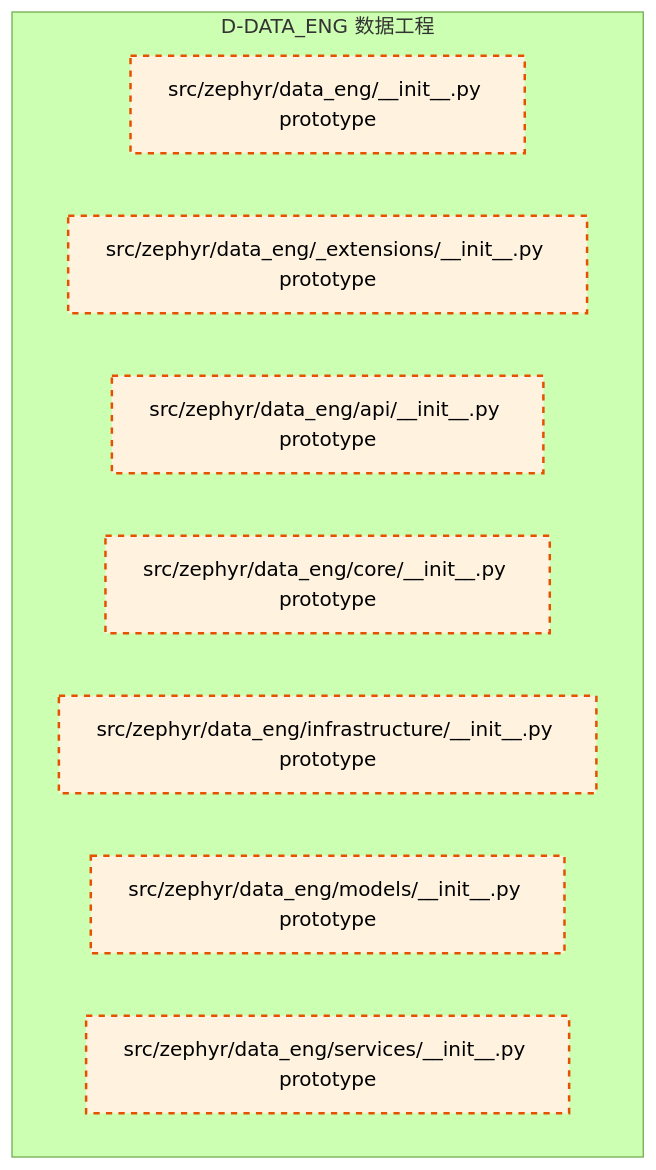
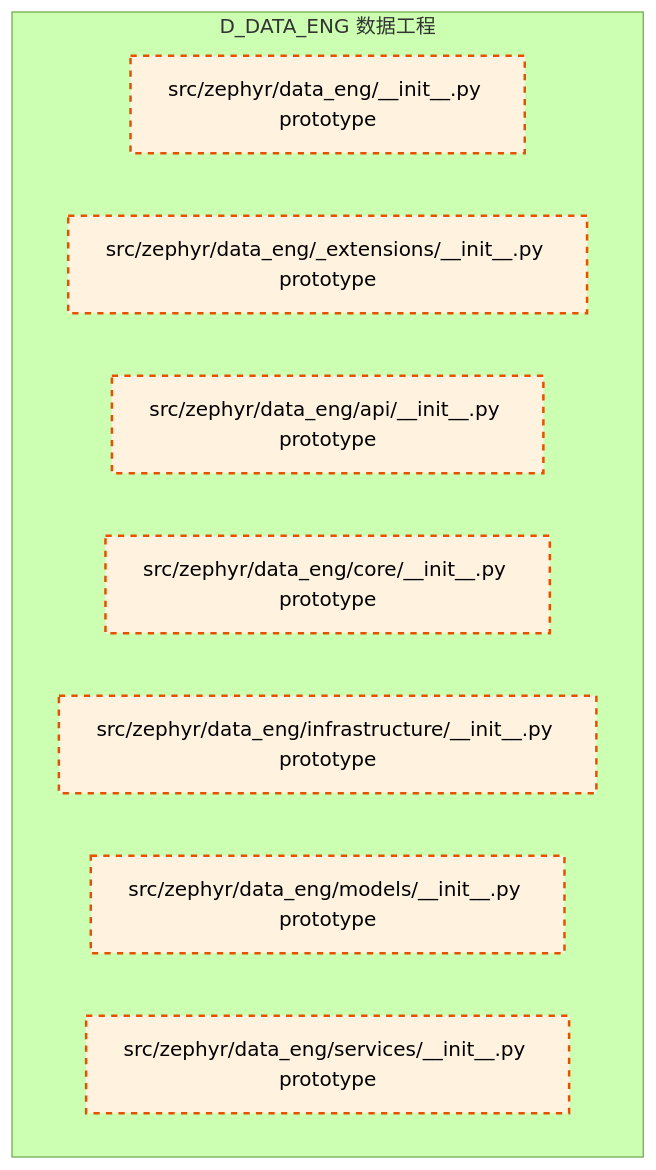
Before and after one commit to xuanFelixVan/ZephyrAlpha: the diagram in docs/02_enterprise_architecture/02_domain_architecture_docs/09_d_data_eng.md, drawn with Mermaid (forest theme). The commit also changed other lines of this file and 1359 other files, not shown here.

````diff
--- a/docs/02_enterprise_architecture/02_domain_architecture_docs/09_d_data_eng.md
+++ b/docs/02_enterprise_architecture/02_domain_architecture_docs/09_d_data_eng.md
@@ -47,17 +47,17 @@
 ```mermaid
 graph TD
-    subgraph D_DATA_ENG["D-DATA_ENG 数据工程"]
+    subgraph D_DATA_ENG["D_DATA_ENG 数据工程"]
         src_zephyr_data_eng_init_py["src/zephyr/data_eng/__init__.py prototype"]
         src_zephyr_data_eng_extensions_init_py["src/zephyr/data_eng/_extensions/__init__.py prototype"]
         src_zephyr_data_eng_api_init_py["src/zephyr/data_eng/api/__init__.py prototype"]
         src_zephyr_data_eng_core_init_py["src/zephyr/data_eng/core/__init__.py prototype"]
         src_zephyr_data_eng_infrastructure_init_py["src/zephyr/data_eng/infrastructure/__init__.py prototype"]
         src_zephyr_data_eng_models_init_py["src/zephyr/data_eng/models/__init__.py prototype"]
         src_zephyr_data_eng_services_init_py["src/zephyr/data_eng/services/__init__.py prototype"]
     end
     classDef production fill:#e1f5fe,stroke:#01579b,stroke-width:2px,color:#000
     classDef design fill:#fff3e0,stroke:#e65100,stroke-width:2px,color:#000,stroke-dasharray: 5 5
     classDef external_prod fill:#e8f5e9,stroke:#1b5e20,stroke-width:1px,color:#000
     classDef external_design fill:#fce4ec,stroke:#880e4f,stroke-width:1px,color:#000,stroke-dasharray: 5 5
     class src_zephyr_data_eng_init_py,src_zephyr_data_eng_extensions_init_py,src_zephyr_data_eng_api_init_py,src_zephyr_data_eng_core_init_py,src_zephyr_data_eng_infrastructure_init_py,src_zephyr_data_eng_models_init_py,src_zephyr_data_eng_services_init_py design
 ```
````
